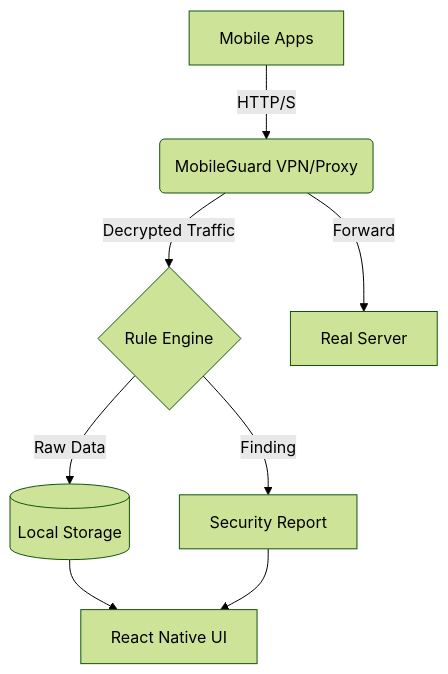
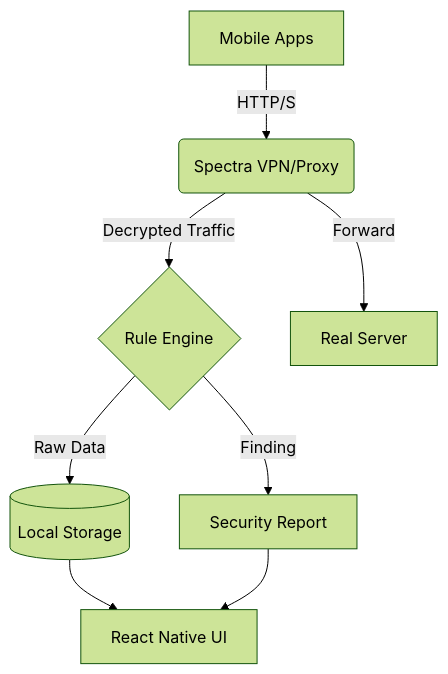
Before and after one commit to millareskenneth/Spectra: the diagram in README.md, drawn with Mermaid (forest theme). The commit also changed other lines of this file, not shown here.

````diff
--- a/README.md
+++ b/README.md
@@ -53,10 +53,10 @@
 ```mermaid
 graph TD
-    A[Mobile Apps] -->|HTTP/S| B(MobileGuard VPN/Proxy)
+    A[Mobile Apps] -->|HTTP/S| B(Spectra VPN/Proxy)
     B -->|Decrypted Traffic| C{Rule Engine}
     C -->|Finding| D[Security Report]
     C -->|Raw Data| E[(Local Storage)]
     E --> F[React Native UI]
     D --> F
     B -->|Forward| G[Real Server]
 ```
````
